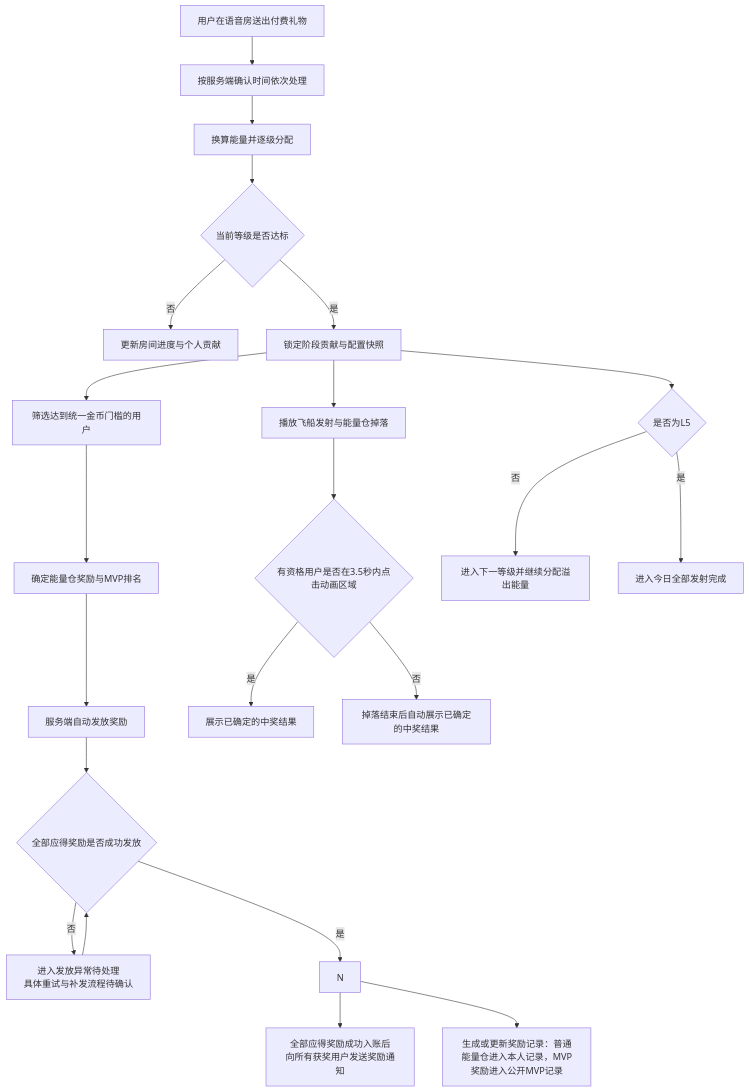
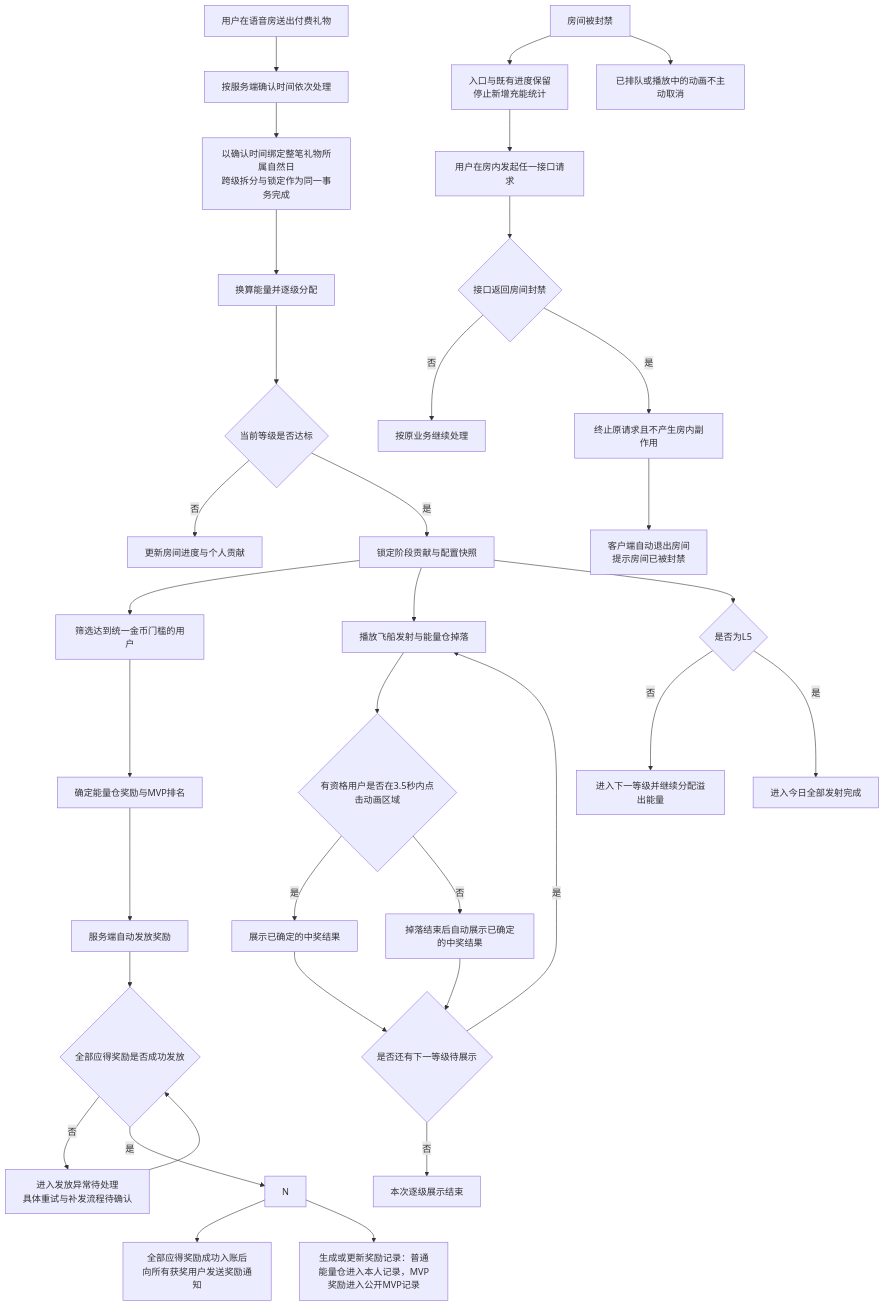
One commit to Chawucikela/TOP-KHALIJ changed the diagram in 星际飞船/房间飞船挑战-PRD.md. Above: the diagram before and after it, drawn with Mermaid. The commit also changed other lines of this file and 3 other files, not shown here.

````diff
--- a/星际飞船/房间飞船挑战-PRD.md
+++ b/星际飞船/房间飞船挑战-PRD.md
@@ -220,24 +222,37 @@
 ```mermaid
 flowchart TD
     A[用户在语音房送出付费礼物] --> B[按服务端确认时间依次处理]
-    B --> C[换算能量并逐级分配]
+    B --> B2[以确认时间绑定整笔礼物所属自然日<br/>跨级拆分与锁定作为同一事务完成]
+    B2 --> C[换算能量并逐级分配]
     C --> D{当前等级是否达标}
     D -- 否 --> E[更新房间进度与个人贡献]
     D -- 是 --> F[锁定阶段贡献与配置快照]
     F --> G[筛选达到统一金币门槛的用户]
     G --> H[确定能量仓奖励与MVP排名]
     H --> I[服务端自动发放奖励]
     I --> J{全部应得奖励是否成功发放}
     J -- 否 --> K[进入发放异常待处理<br/>具体重试与补发流程待确认]
     K --> J
     J -- 是 --> N
     N --> O[全部应得奖励成功入账后<br/>向所有获奖用户发送奖励通知]
     N --> O2[生成或更新奖励记录：普通能量仓进入本人记录，MVP奖励进入公开MVP记录]
     F --> P[播放飞船发射与能量仓掉落]
     P --> Q{有资格用户是否在3.5秒内点击动画区域}
     Q -- 是 --> R[展示已确定的中奖结果]
     Q -- 否 --> R2[掉落结束后自动展示已确定的中奖结果]
+    R --> W{是否还有下一等级待展示}
+    R2 --> W
+    W -- 是 --> P
+    W -- 否 --> W2[本次逐级展示结束]
     F --> T{是否为L5}
     T -- 否 --> U[进入下一等级并继续分配溢出能量]
     T -- 是 --> V[进入今日全部发射完成]
+
+    X[房间被封禁] --> X1[入口与既有进度保留<br/>停止新增充能统计]
+    X --> X2[已排队或播放中的动画不主动取消]
+    X1 --> X3[用户在房内发起任一接口请求]
+    X3 --> X4{接口返回房间封禁}
+    X4 -- 否 --> X5[按原业务继续处理]
+    X4 -- 是 --> X6[终止原请求且不产生房内副作用]
+    X6 --> X7[客户端自动退出房间<br/>提示房间已被封禁]
 ```
````
